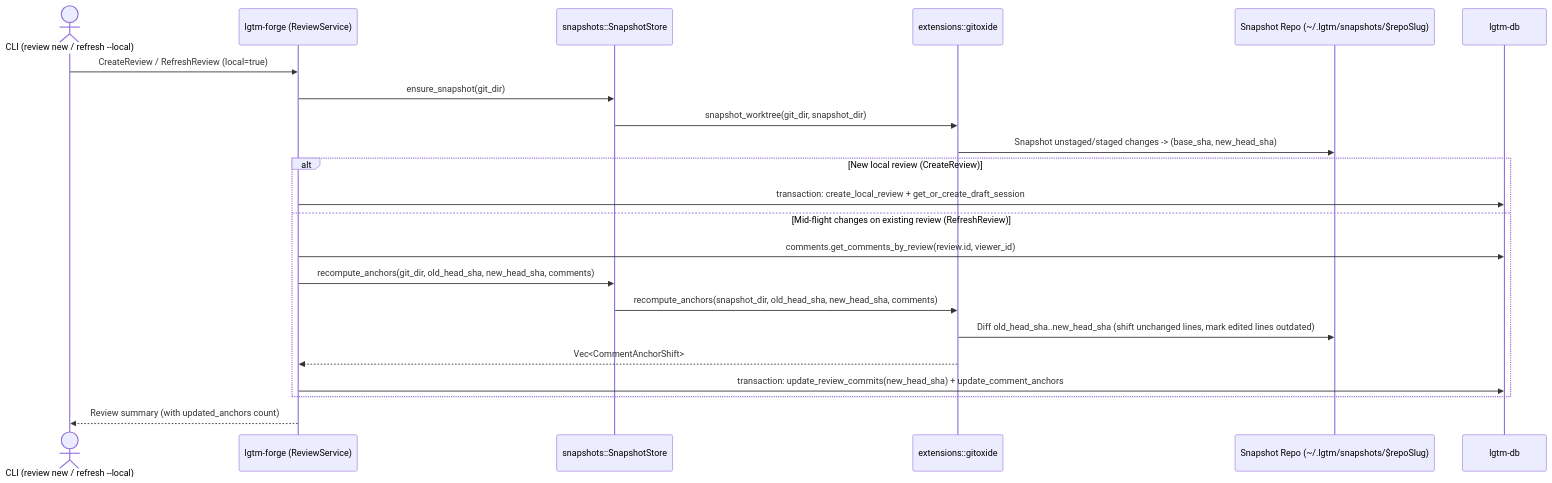
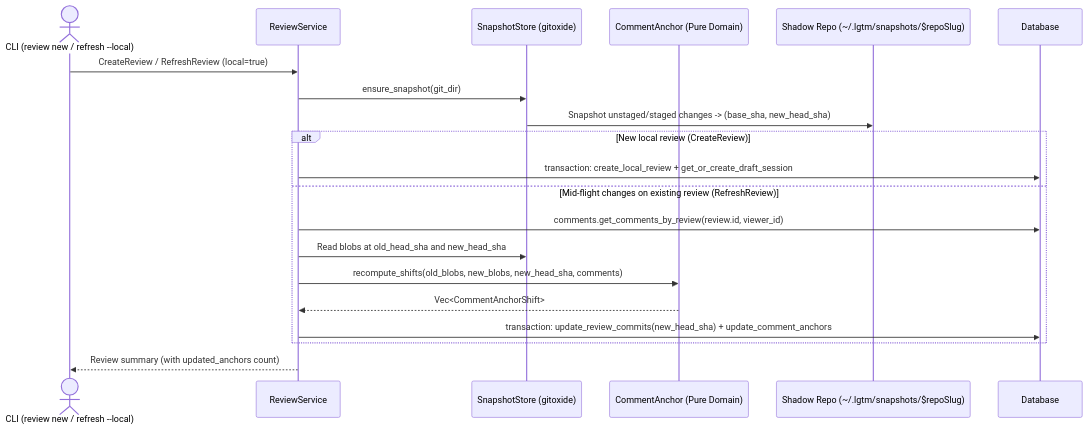
One commit to difflab-io/lgtm changed the fourth of 11 diagrams in docs/architecture/forge/index.md. Above: the diagram before and after it, drawn with Mermaid. The commit also changed other lines of this file and 26 other files, not shown here.

Commit message:
feat(forge,cli): isolate local snapshot store, purify domain models, and refine authorship

````diff
--- a/docs/architecture/forge/index.md
+++ b/docs/architecture/forge/index.md
@@ -329,25 +319,23 @@
 ```mermaid
 sequenceDiagram
     actor Caller as CLI (review new / refresh --local)
-    participant Service as lgtm-forge (ReviewService)
-    participant SnapStore as snapshots::SnapshotStore
-    participant Gix as extensions::gitoxide
-    participant Snapshot as Snapshot Repo (~/.lgtm/snapshots/$repoSlug)
-    participant DB as lgtm-db
+    participant Service as ReviewService
+    participant SnapStore as SnapshotStore (gitoxide)
+    participant Anchor as CommentAnchor (Pure Domain)
+    participant Snapshot as Shadow Repo (~/.lgtm/snapshots/$repoSlug)
+    participant DB as Database
 
     Caller->>Service: CreateReview / RefreshReview (local=true)
     Service->>SnapStore: ensure_snapshot(git_dir)
-    SnapStore->>Gix: snapshot_worktree(git_dir, snapshot_dir)
-    Gix->>Snapshot: Snapshot unstaged/staged changes -> (base_sha, new_head_sha)
+    SnapStore->>Snapshot: Snapshot unstaged/staged changes -> (base_sha, new_head_sha)
     alt New local review (CreateReview)
         Service->>DB: transaction: create_local_review + get_or_create_draft_session
     else Mid-flight changes on existing review (RefreshReview)
         Service->>DB: comments.get_comments_by_review(review.id, viewer_id)
-        Service->>SnapStore: recompute_anchors(git_dir, old_head_sha, new_head_sha, comments)
-        SnapStore->>Gix: recompute_anchors(snapshot_dir, old_head_sha, new_head_sha, comments)
-        Gix->>Snapshot: Diff old_head_sha..new_head_sha (shift unchanged lines, mark edited lines outdated)
-        Gix-->>Service: Vec<CommentAnchorShift>
+        Service->>SnapStore: Read blobs at old_head_sha and new_head_sha
+        Service->>Anchor: recompute_shifts(old_blobs, new_blobs, new_head_sha, comments)
+        Anchor-->>Service: Vec<CommentAnchorShift>
         Service->>DB: transaction: update_review_commits(new_head_sha) + update_comment_anchors
     end
     Service-->>Caller: Review summary (with updated_anchors count)
 ```
````
